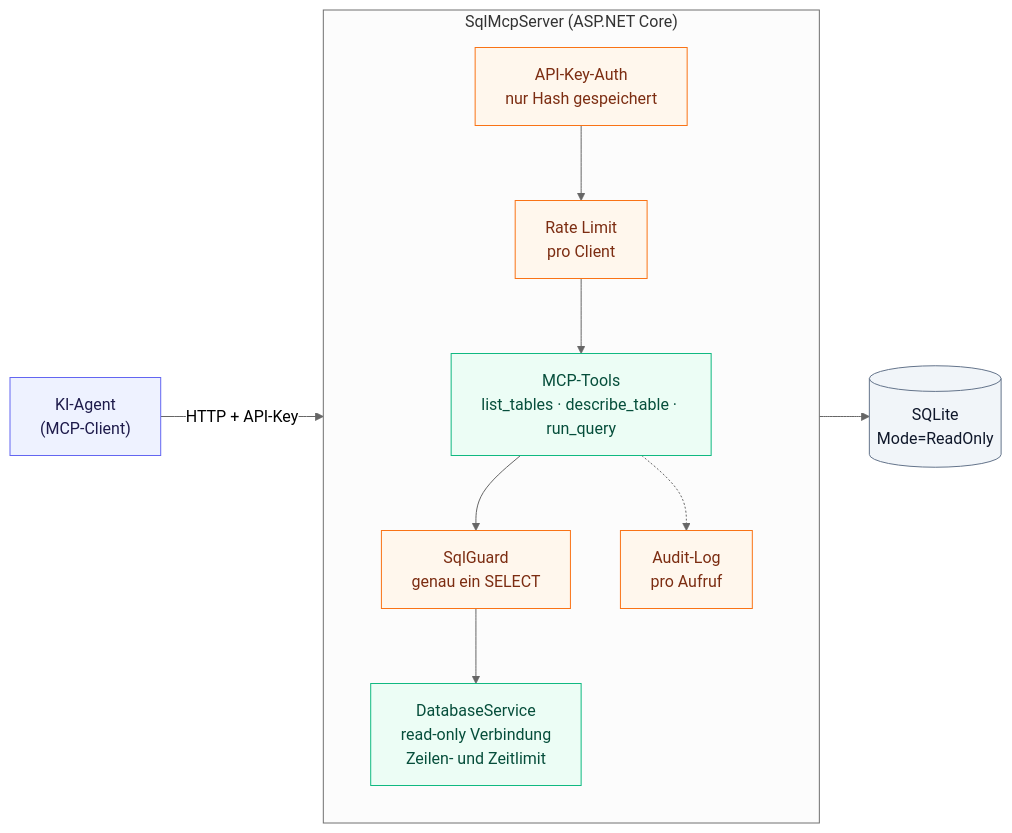
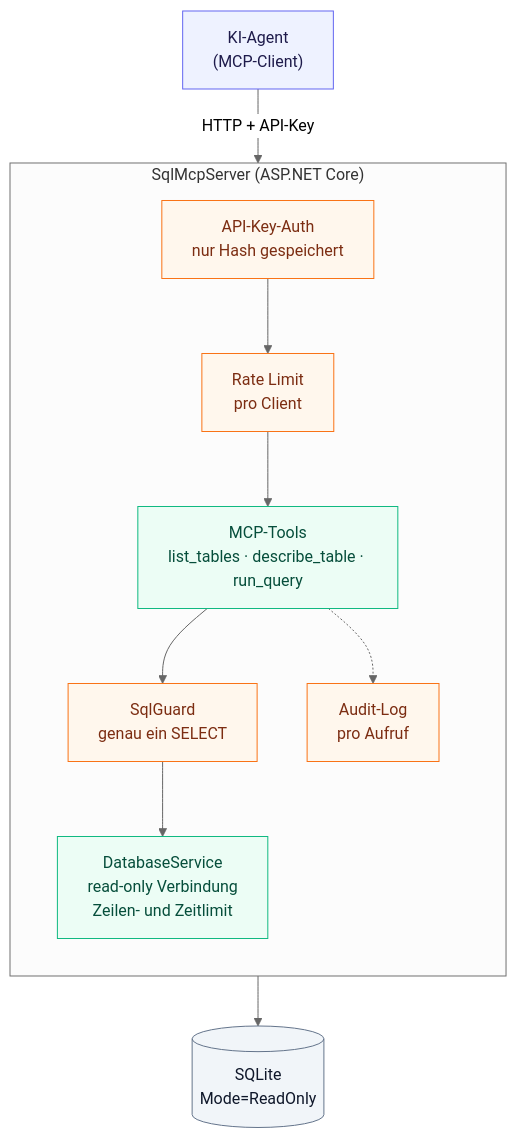
The diagram in README.md (vompa/SqlMcpServer), drawn with Mermaid (neutral theme) before and after one commit.

Commit message:
docs: Mermaid-Diagramm senkrecht ausrichten (bessere Lesbarkeit in der README-Spalte)

````diff
--- a/README.md
+++ b/README.md
@@ -12,30 +12,30 @@
 ```mermaid
-flowchart LR
+flowchart TB
     agent["KI-Agent<br/>(MCP-Client)"]
 
     subgraph server["SqlMcpServer (ASP.NET Core)"]
         direction TB
         auth["API-Key-Auth<br/>nur Hash gespeichert"]
         rate["Rate Limit<br/>pro Client"]
         tools["MCP-Tools<br/>list_tables · describe_table · run_query"]
         guard["SqlGuard<br/>genau ein SELECT"]
         svc["DatabaseService<br/>read-only Verbindung<br/>Zeilen- und Zeitlimit"]
         audit["Audit-Log<br/>pro Aufruf"]
         auth --> rate --> tools --> guard --> svc
         tools -.-> audit
     end
 
     db[("SQLite<br/>Mode=ReadOnly")]
 
     agent -- "HTTP + API-Key" --> auth
     svc --> db
 
     classDef client fill:#eef2ff,stroke:#6366f1,color:#1e1b4b
     classDef security fill:#fff7ed,stroke:#f97316,color:#7c2d12
     classDef endpoint fill:#ecfdf5,stroke:#10b981,color:#064e3b
     classDef data fill:#f1f5f9,stroke:#64748b,color:#0f172a
     class agent client
     class auth,rate,guard,audit security
     class tools,svc endpoint
     class db data
 ```
````
